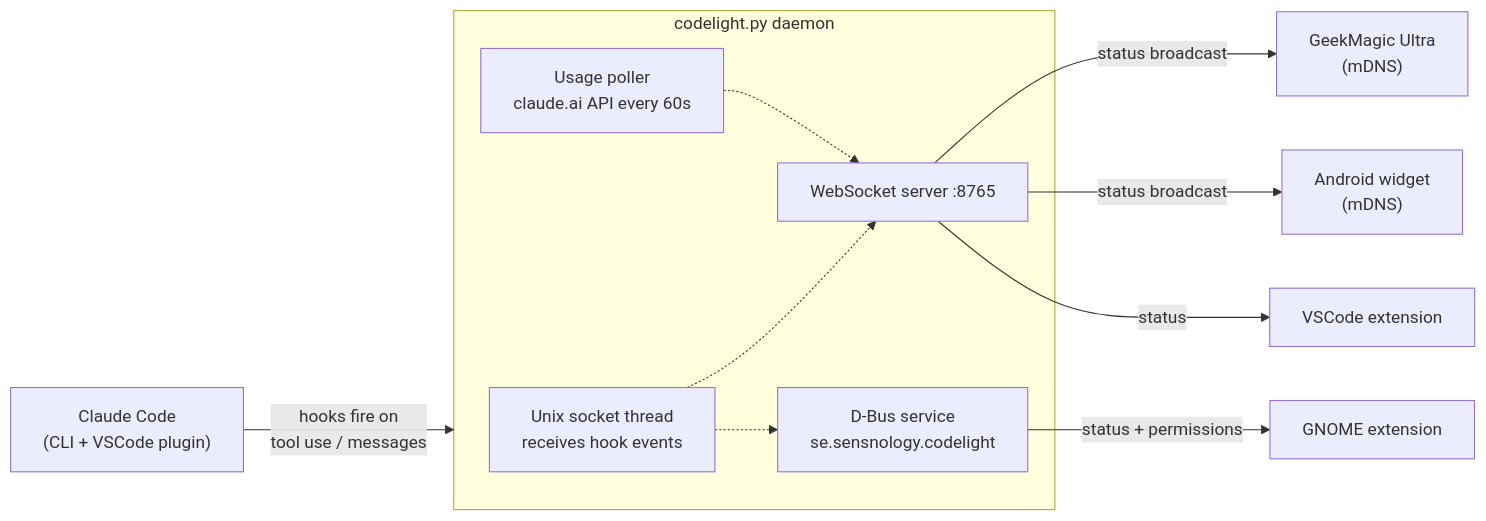
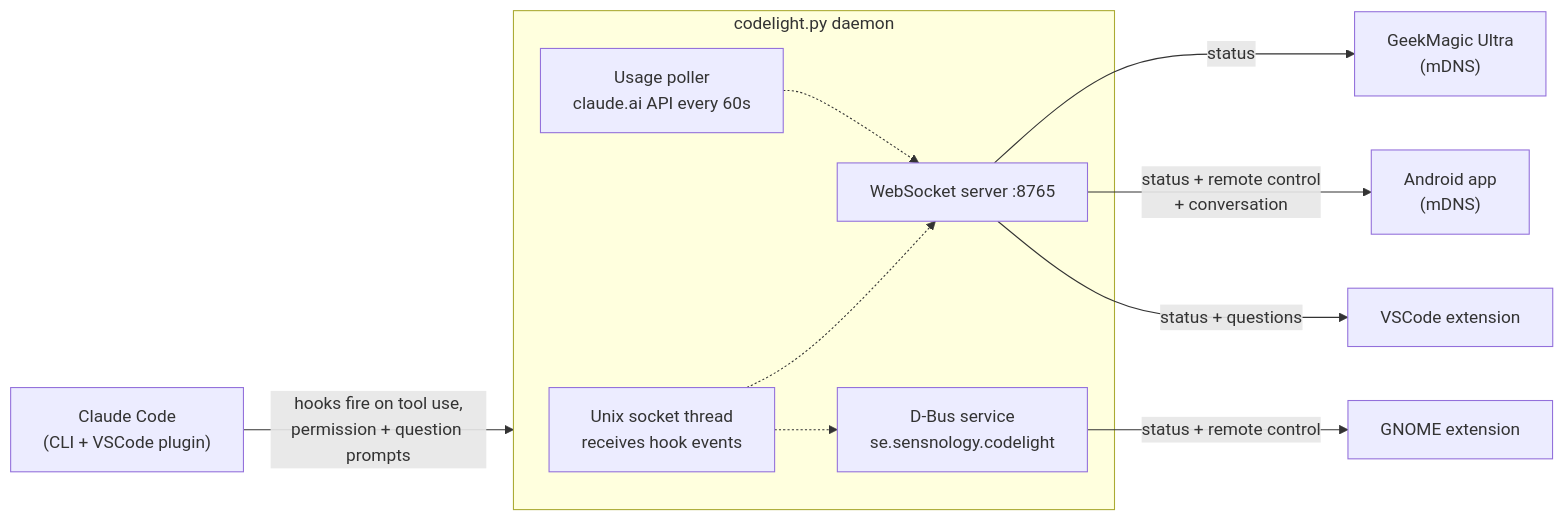
The diagram in README.md (henrikekblad/codelight), drawn with Mermaid before and after one commit. The commit also changed other lines of this file and 4 other files, not shown here.

First line of the commit message:
docs: rework READMEs around remote control

````diff
--- a/README.md
+++ b/README.md
@@ -30,20 +46,20 @@
 ```mermaid
 flowchart LR
-    CC["Claude Code<br/>(CLI + VSCode plugin)"] -->|hooks fire on<br/>tool use / messages| D
+    CC["Claude Code<br/>(CLI + VSCode plugin)"] -->|hooks fire on tool use,<br/>permission + question prompts| D
 
     subgraph D["codelight.py daemon"]
         SOCK["Unix socket thread<br/>receives hook events"]
         USAGE["Usage poller<br/>claude.ai API every 60s"]
         WS["WebSocket server :8765"]
         DBUS["D-Bus service<br/>se.sensnology.codelight"]
     end
 
-    WS -->|status broadcast| SCREEN["GeekMagic Ultra<br/>(mDNS)"]
-    WS -->|status broadcast| ANDROID["Android widget<br/>(mDNS)"]
-    WS -->|status| VSCODE["VSCode extension"]
-    DBUS -->|status + permissions| GNOME["GNOME extension"]
+    WS -->|status| SCREEN["GeekMagic Ultra<br/>(mDNS)"]
+    WS -->|status + remote control<br/>+ conversation| ANDROID["Android app<br/>(mDNS)"]
+    WS -->|status + questions| VSCODE["VSCode extension"]
+    DBUS -->|status + remote control| GNOME["GNOME extension"]
 
     USAGE -.-> WS
     SOCK -.-> WS
     SOCK -.-> DBUS
 ```
````
